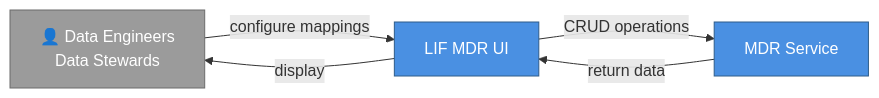
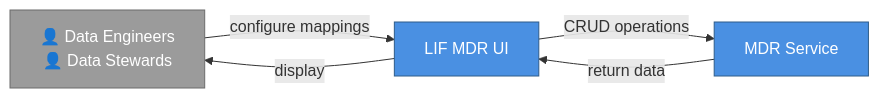
Before and after one commit to LIF-Initiative/lif-core: the sixth of 16 diagrams in docs/lif_services_overview.md, drawn with Mermaid. The commit also changed other lines of this file, not shown here.

Commit message:
docs: Update Advisor UI diagram

````diff
--- a/docs/lif_services_overview.md
+++ b/docs/lif_services_overview.md
@@ -253,17 +253,17 @@
 ```mermaid
 graph LR
-    Users[👤 Data Engineers<br/>Data Stewards]
+    Users[👤 Data Engineers<br/> 👤 Data Stewards]
     MDRUI[LIF MDR UI]
     MDR[MDR Service]
     
     Users -->|configure mappings| MDRUI
     MDRUI -->|CRUD operations| MDR
     MDR -->|return data| MDRUI
     MDRUI -->|display| Users
     
     classDef coreStyle fill:#4A90E2,stroke:#2E5C8A,color:#fff
     classDef extStyle fill:#9B9B9B,stroke:#6B6B6B,color:#fff
     
     class MDRUI,MDR coreStyle
     class Users extStyle
 ```
````
